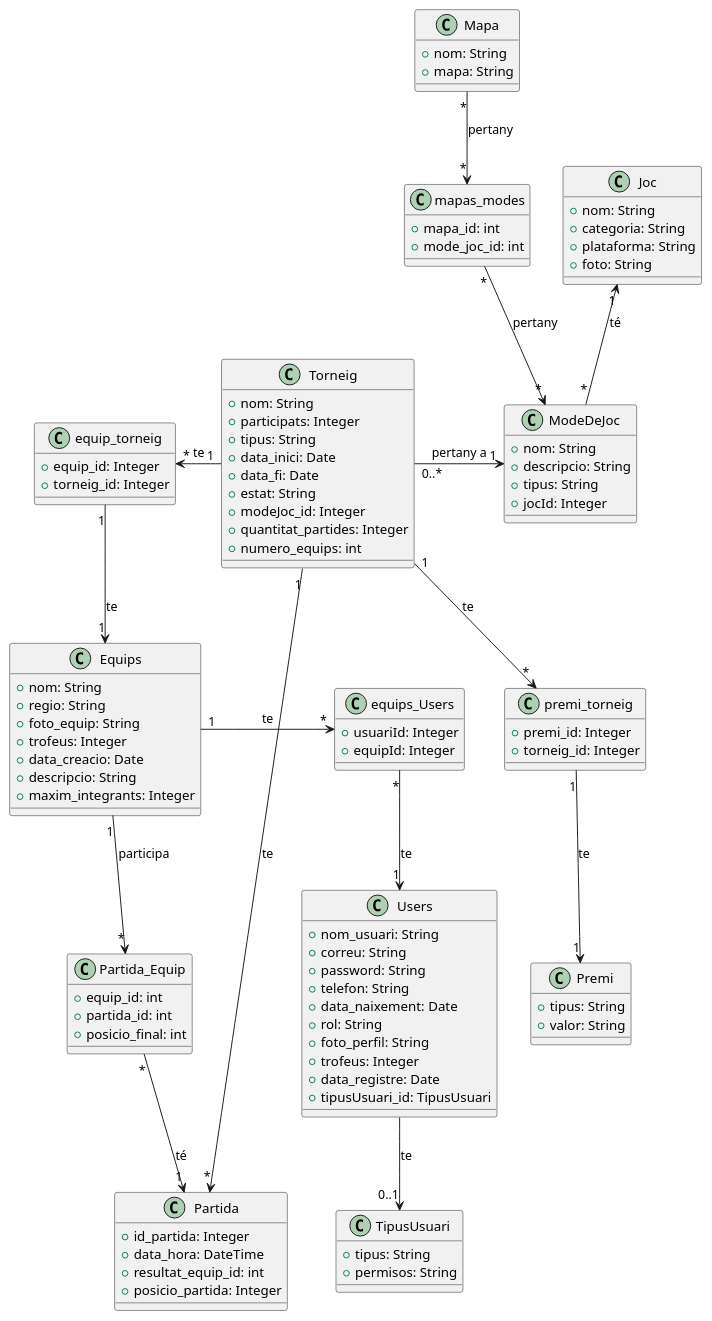
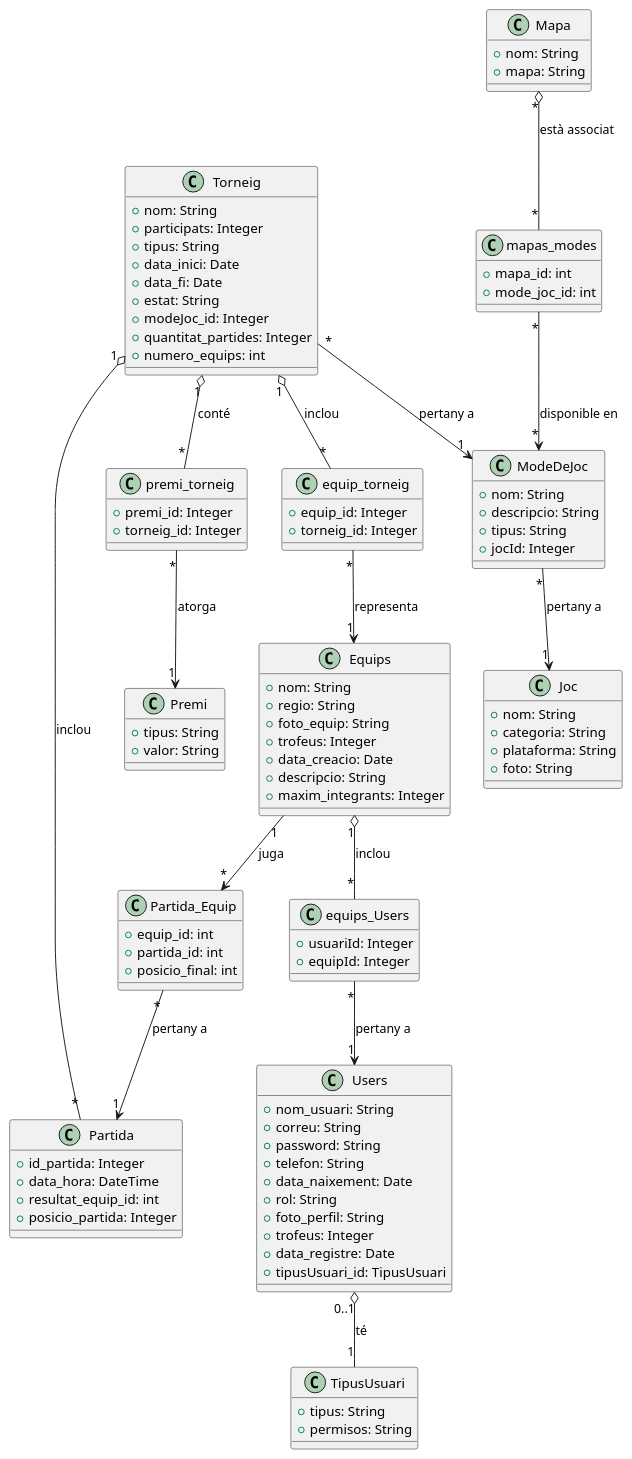
The diagram in si.puml (raularroyoguardia/tourneyMaster), drawn with PlantUML before and after one commit. The commit also changed 3 other files, not shown here.

```diff
--- a/si.puml
+++ b/si.puml
@@ -1,120 +1,121 @@
 @startuml
 
 class Users {
    +nom_usuari: String
    +correu: String
    +password: String
    +telefon: String
    +data_naixement: Date
    +rol: String
    +foto_perfil: String
    +trofeus: Integer
    +data_registre: Date
    +tipusUsuari_id: TipusUsuari
 }
 
 class TipusUsuari {
    +tipus: String
    +permisos: String
 }
 
 class Mapa {
    +nom: String
    +mapa: String
 }
 
 class mapas_modes {
    +mapa_id: int
    +mode_joc_id: int
 }
 
 class Equips {
    +nom: String
    +regio: String
    +foto_equip: String
    +trofeus: Integer
    +data_creacio: Date
    +descripcio: String
    +maxim_integrants: Integer
 }
 
 class Torneig {
    +nom: String
    +participats: Integer
    +tipus: String
    +data_inici: Date
    +data_fi: Date
    +estat: String
    +modeJoc_id: Integer
    +quantitat_partides: Integer
    +numero_equips: int
 }
 
 class premi_torneig {
    +premi_id: Integer
    +torneig_id: Integer
 }
 
 class equip_torneig {
    +equip_id: Integer
    +torneig_id: Integer
 }
 
 class equips_Users {
    +usuariId: Integer
    +equipId: Integer
 }
 
 class Joc {
    +nom: String
    +categoria: String
    +plataforma: String
    +foto: String
 }
 
 class ModeDeJoc {
    +nom: String
    +descripcio: String
    +tipus: String
    +jocId: Integer
 }
 
 class Partida {
    +id_partida: Integer
    +data_hora: DateTime
    +resultat_equip_id: int
    +posicio_partida: Integer
 }
 
 class Premi {
    +tipus: String
    +valor: String
 }
 
 class Partida_Equip {
    +equip_id: int
    +partida_id: int
    +posicio_final: int
 }
 
-Users --> "0..1" TipusUsuari : te
-Torneig "0..*" -right-> "1" ModeDeJoc : pertany a
-Joc "1" <-- "*" ModeDeJoc : té
+Users "0..1" o-- "1" TipusUsuari : té
+Torneig "*" --> "1" ModeDeJoc : pertany a
+ModeDeJoc "*" --> "1" Joc : pertany a
 
-Torneig "1" -left-> "*" equip_torneig : te
-equip_torneig "1" --> "1" Equips : te
+Torneig "1" o-- "*" equip_torneig : inclou
+equip_torneig "*" --> "1" Equips : representa
 
-Equips "1" -right-> "*" equips_Users : te
-equips_Users "*" --> "1" Users : te
+Equips "1" o-- "*" equips_Users : inclou
+equips_Users "*" --> "1" Users : pertany a
 
-Torneig "1" --> "*" premi_torneig : te
-premi_torneig "1" --> "1" Premi : te
+Torneig "1" o-- "*" premi_torneig : conté
+premi_torneig "*" --> "1" Premi : atorga
 
-Torneig "1" --> "*" Partida : te
+Torneig "1" o-- "*" Partida : inclou
 
-Mapa "*" --> "*" mapas_modes : pertany
-mapas_modes "*" --> "*" ModeDeJoc : pertany
+Mapa "*" o-- "*" mapas_modes : està associat
+mapas_modes "*" --> "*" ModeDeJoc : disponible en
 
-Partida_Equip "*" --> "1" Partida : té
-Equips "1" --> "*" "Partida_Equip" : participa
+Partida_Equip "*" --> "1" Partida : pertany a
+Equips "1" --> "*" Partida_Equip : juga
+
 @enduml
```
